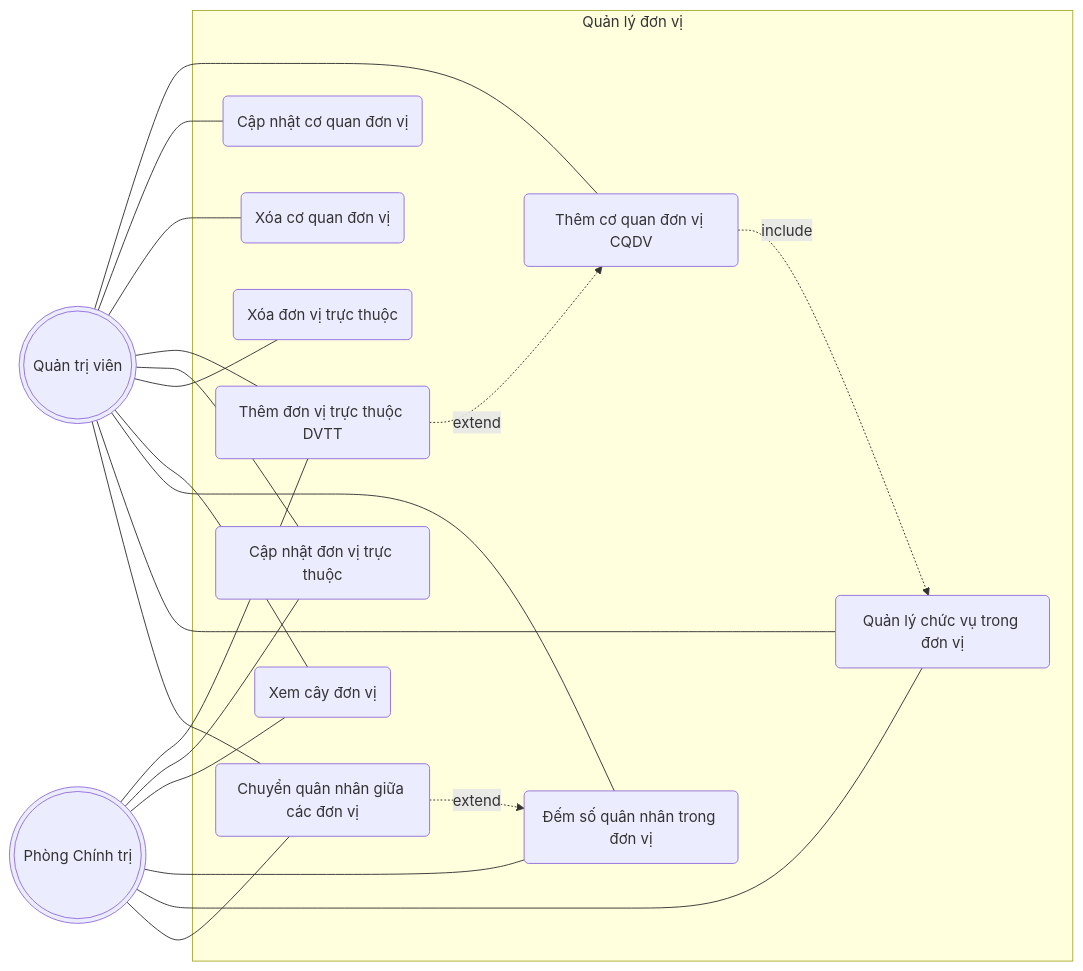
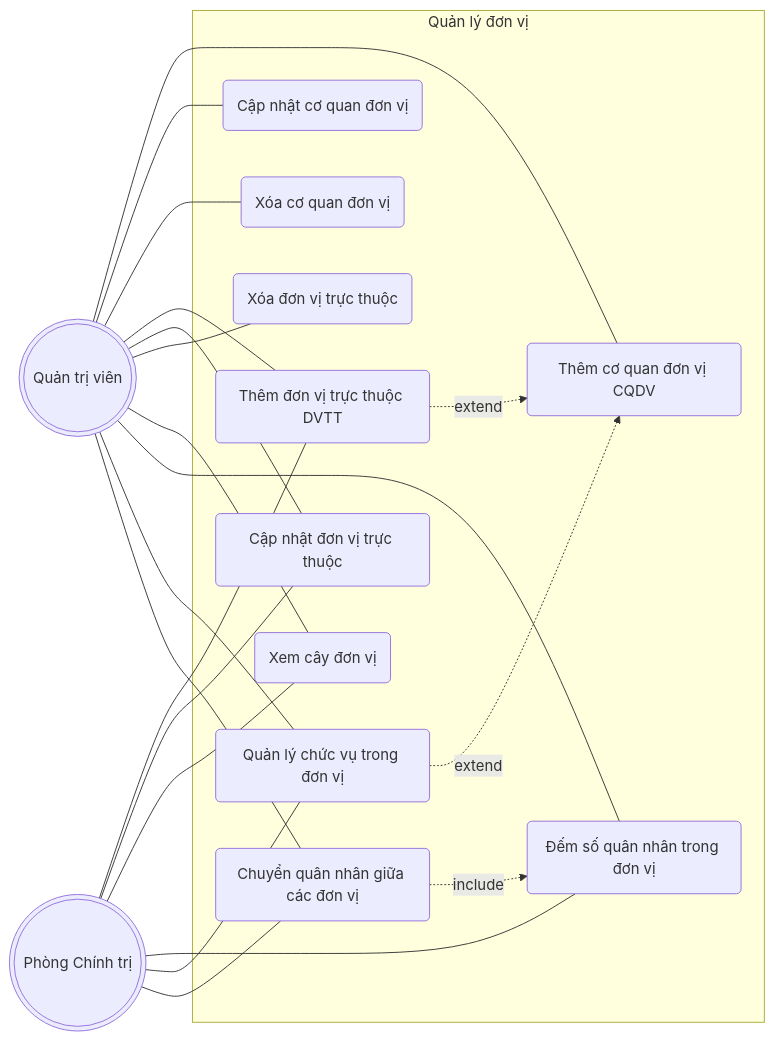
Before and after one commit to tranducbk/DATN_PM_QLKT: the fourth of 15 diagrams in docs/diagrams/01-use-case.md, drawn with Mermaid. The commit also changed other lines of this file and 69 other files, not shown here.

````diff
--- a/docs/diagrams/01-use-case.md
+++ b/docs/diagrams/01-use-case.md
@@ -164,40 +176,40 @@
 ```mermaid
 flowchart LR
     SA(((Quản trị viên)))
     AD(((Phòng Chính trị)))
 
     subgraph SYS[Quản lý đơn vị]
         UC1(Thêm cơ quan đơn vị CQDV)
         UC2(Cập nhật cơ quan đơn vị)
         UC3(Xóa cơ quan đơn vị)
         UC4(Thêm đơn vị trực thuộc DVTT)
         UC5(Cập nhật đơn vị trực thuộc)
         UC6(Xóa đơn vị trực thuộc)
         UC7(Xem cây đơn vị)
         UC8(Đếm số quân nhân trong đơn vị)
         UC9(Quản lý chức vụ trong đơn vị)
         UC10(Chuyển quân nhân giữa các đơn vị)
 
         UC4 -.->|extend| UC1
-        UC1 -.->|include| UC9
-        UC10 -.->|extend| UC8
+        UC9 -.->|extend| UC1
+        UC10 -.->|include| UC8
     end
 
     SA --- UC1
     SA --- UC2
     SA --- UC3
     SA --- UC4
     SA --- UC5
     SA --- UC6
     SA --- UC7
     SA --- UC8
     SA --- UC9
     SA --- UC10
 
     AD --- UC4
     AD --- UC5
     AD --- UC7
     AD --- UC8
     AD --- UC9
     AD --- UC10
 ```
````
